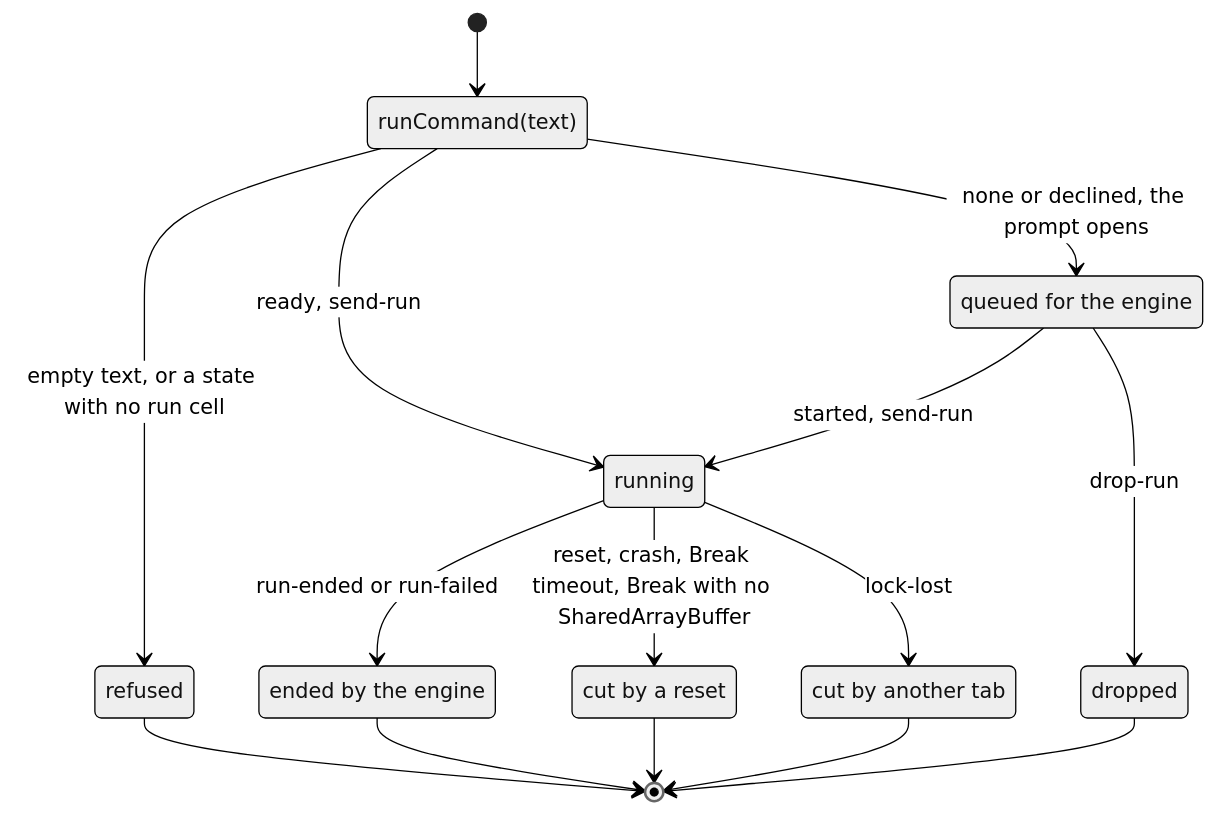
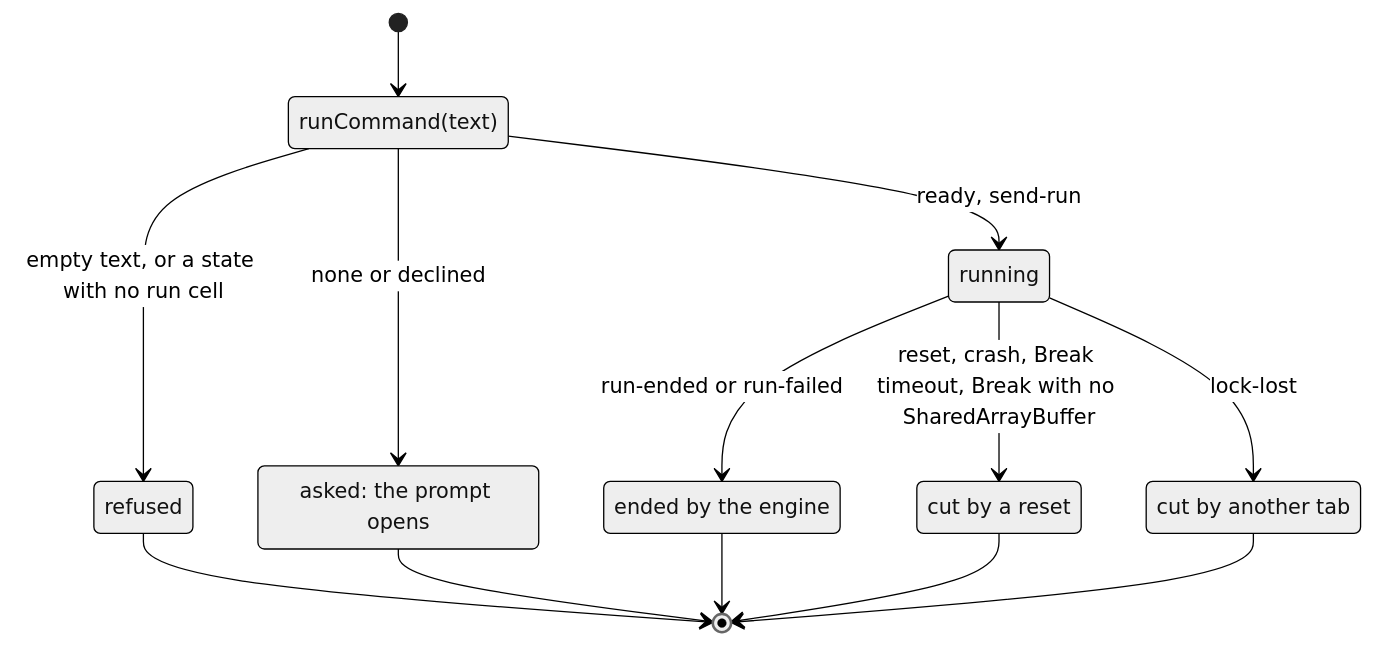
The seventh of 11 diagrams in docs/web-page-flows.md (jeffzyliu/dofile), drawn with Mermaid (neutral theme) before and after one commit. The commit also changed other lines of this file and 24 other files, not shown here.

````diff
--- a/docs/web-page-flows.md
+++ b/docs/web-page-flows.md
@@ -328,25 +325,22 @@
 ```mermaid
 stateDiagram-v2
   state "runCommand(text)" as sub
   state "refused" as refused
-  state "queued for the engine" as queued
+  state "asked: the prompt opens" as asked
   state "running" as running
   state "ended by the engine" as ended
-  state "dropped" as dropped
   state "cut by a reset" as cut
   state "cut by another tab" as taken
   [*] --> sub
   sub --> refused: empty text, or a state with no run cell
   sub --> running: ready, send-run
-  sub --> queued: none or declined, the prompt opens
-  queued --> running: started, send-run
-  queued --> dropped: drop-run
+  sub --> asked: none or declined
   running --> ended: run-ended or run-failed
   running --> cut: reset, crash, Break timeout, Break with no SharedArrayBuffer
   running --> taken: lock-lost
   refused --> [*]
-  dropped --> [*]
+  asked --> [*]
   ended --> [*]
   cut --> [*]
   taken --> [*]
 ```
````
